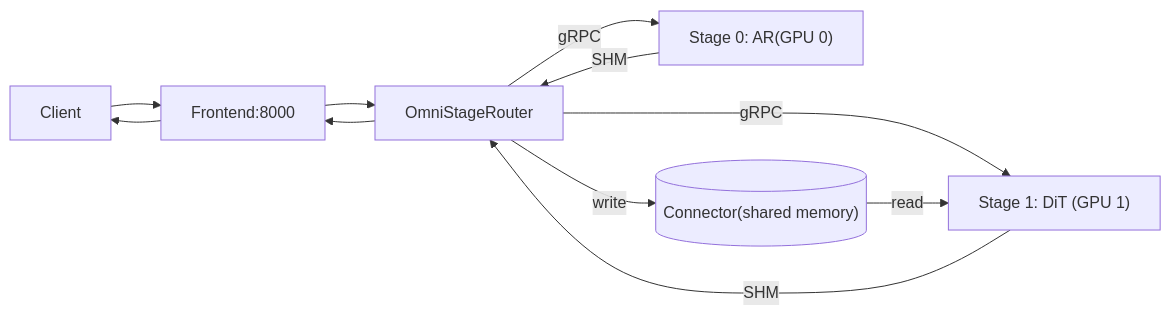
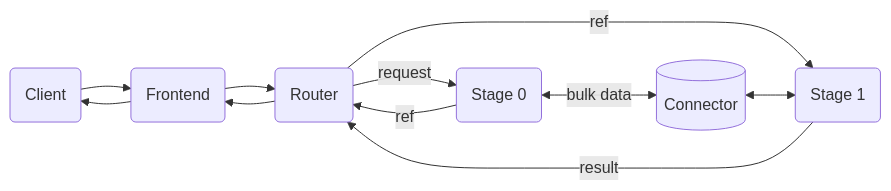
The first of 2 diagrams in docs/backends/vllm/vllm-omni.md (ai-dynamo/dynamo), drawn with Mermaid before and after one commit. The commit also changed other lines of this file, not shown here.

````diff
--- a/docs/backends/vllm/vllm-omni.md
+++ b/docs/backends/vllm/vllm-omni.md
@@ -329,12 +329,12 @@
 ```mermaid
 flowchart LR
-  client["Client"] --> frontend["Frontend:8000"]
-  frontend --> router["OmniStageRouter"]
-  router -- "gRPC" --> stage0["Stage 0: AR(GPU 0)"]
-  stage0 -- "SHM" --> router
-  router -- "write" --> connector[("Connector(shared memory)")]
-  router -- "gRPC" --> stage1["Stage 1: DiT (GPU 1)"]
-  connector -- "read" --> stage1
-  stage1 -- "SHM" --> router
+  client(Client) --> frontend(Frontend)
+  frontend --> router(Router)
+  router -->|request| s0(Stage 0)
+  s0 -->|ref| router
+  router -->|ref| s1(Stage 1)
+  s1 -->|result| router
   router --> frontend --> client
+  s0 <-->|bulk data| conn[(Connector)]
+  conn <--> s1
 ```
````
